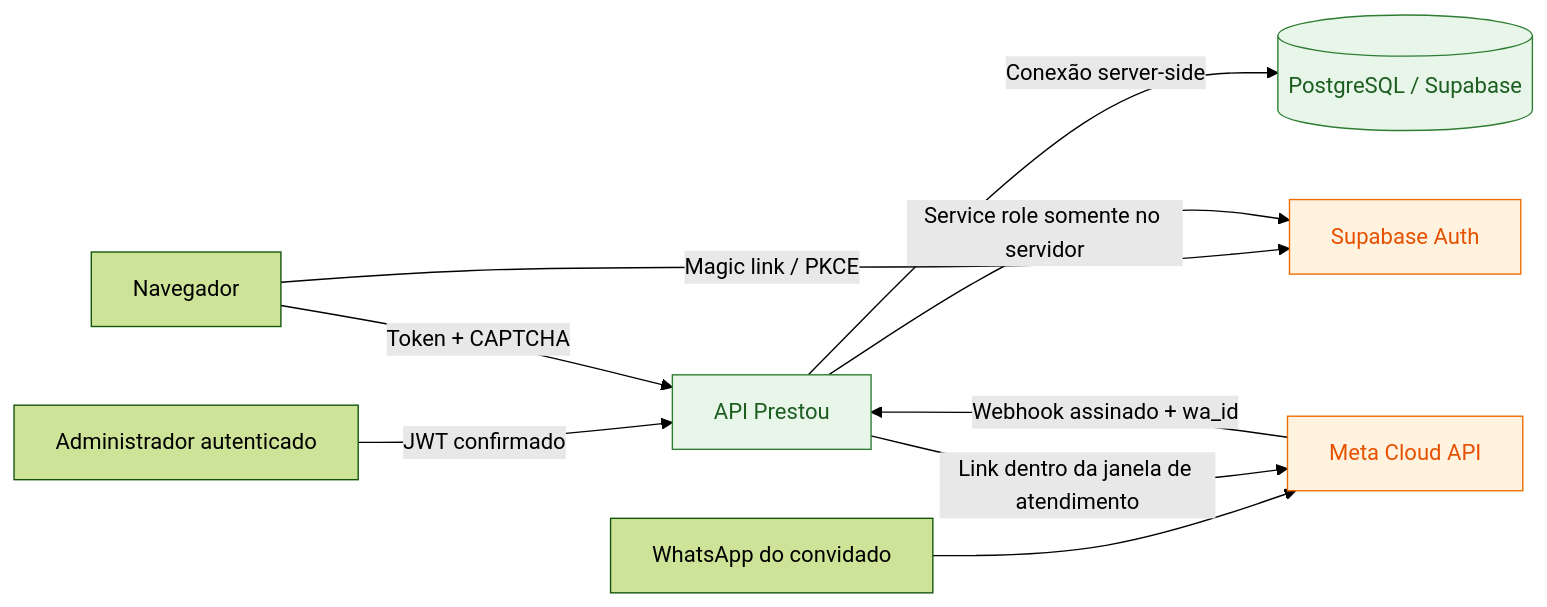
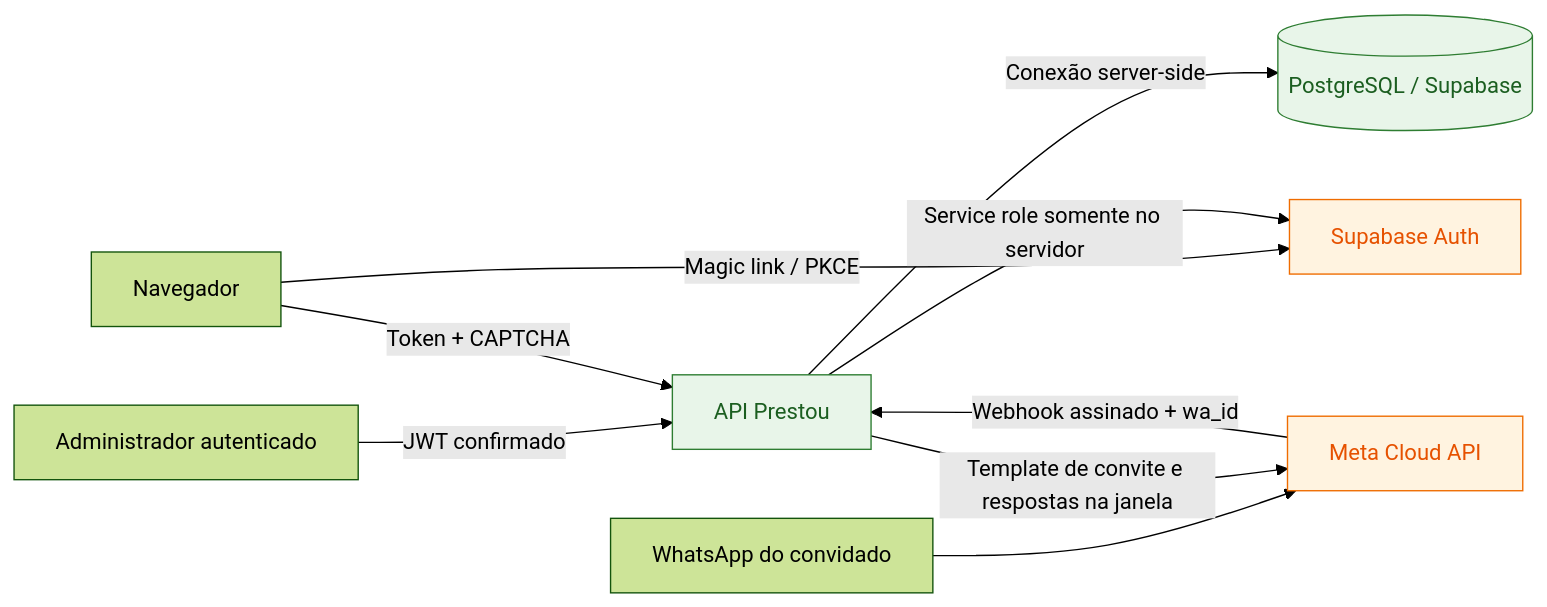
One commit to tiagoapolo/prestou changed the first of 7 diagrams in specs/fluxo-cadastro-convite-autenticacao-whatsapp.md. Above: the diagram before and after it, drawn with Mermaid (forest theme). The commit also changed other lines of this file and 14 other files, not shown here.

````diff
--- a/specs/fluxo-cadastro-convite-autenticacao-whatsapp.md
+++ b/specs/fluxo-cadastro-convite-autenticacao-whatsapp.md
@@ -61,16 +63,16 @@
 ```mermaid
 flowchart LR
     ADMIN["Administrador autenticado"] -->|"JWT confirmado"| API["API Prestou"]
     PHONE["WhatsApp do convidado"] --> META["Meta Cloud API"]
     META -->|"Webhook assinado + wa_id"| API
     BROWSER["Navegador"] -->|"Token + CAPTCHA"| API
     BROWSER -->|"Magic link / PKCE"| AUTH["Supabase Auth"]
     API -->|"Service role somente no servidor"| AUTH
     API -->|"Conexão server-side"| DB[("PostgreSQL / Supabase")]
-    API -->|"Link dentro da janela de atendimento"| META
+    API -->|"Template de convite e respostas na janela"| META
 
     classDef trusted fill:#e8f5e9,stroke:#2e7d32,color:#1b5e20
     classDef external fill:#fff3e0,stroke:#ef6c00,color:#e65100
     class API,DB trusted
     class META,AUTH external
 ```
````
